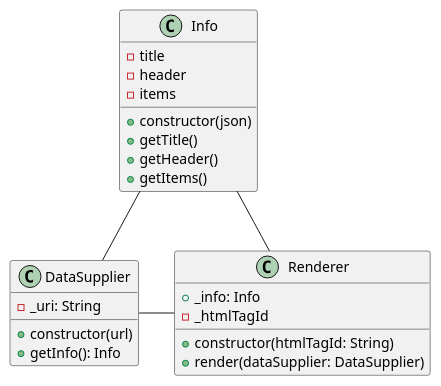
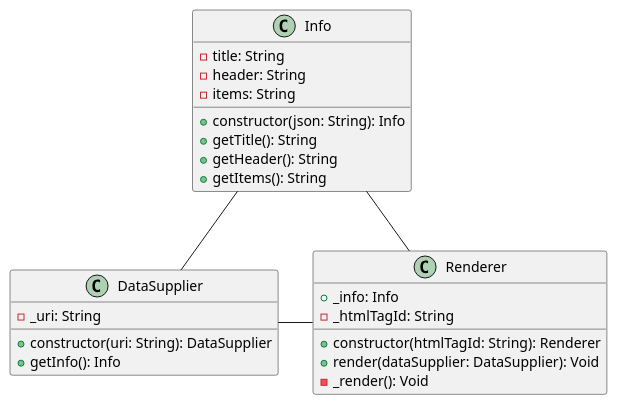
Before and after one commit to expert0226/codespitz: the fifth of 8 diagrams in src/main/resources/codespitz79/designpattern/day01/day01.adoc, drawn with PlantUML. The commit also changed other lines of this file and 3 other files, not shown here.

```diff
--- a/src/main/resources/codespitz79/designpattern/day01/day01.adoc
+++ b/src/main/resources/codespitz79/designpattern/day01/day01.adoc
@@ -75,31 +110,32 @@
-[plantuml, exam03_classe, png]
+[plantuml, exam03_class, png]
 ....
 @startuml
 class Info {
-    - title
-    - header
-    - items
-    + constructor(json)
-    + getTitle()
-    + getHeader()
-    + getItems()
+    - title: String
+    - header: String
+    - items: String
+    + constructor(json: String): Info
+    + getTitle(): String
+    + getHeader(): String
+    + getItems(): String
 }
 
 class DataSupplier {
     - _uri: String
-    + constructor(url)
+    + constructor(uri: String): DataSupplier
     + getInfo(): Info
 }
 
 class Renderer {
     + _info: Info
-    - _htmlTagId
-    + constructor(htmlTagId: String)
-    + render(dataSupplier: DataSupplier)
+    - _htmlTagId: String
+    + constructor(htmlTagId: String): Renderer
+    + render(dataSupplier: DataSupplier): Void
+    - _render(): Void
 }
 
 Info -- DataSupplier
 Info -- Renderer
 DataSupplier - Renderer
 @enduml
 ....
```
